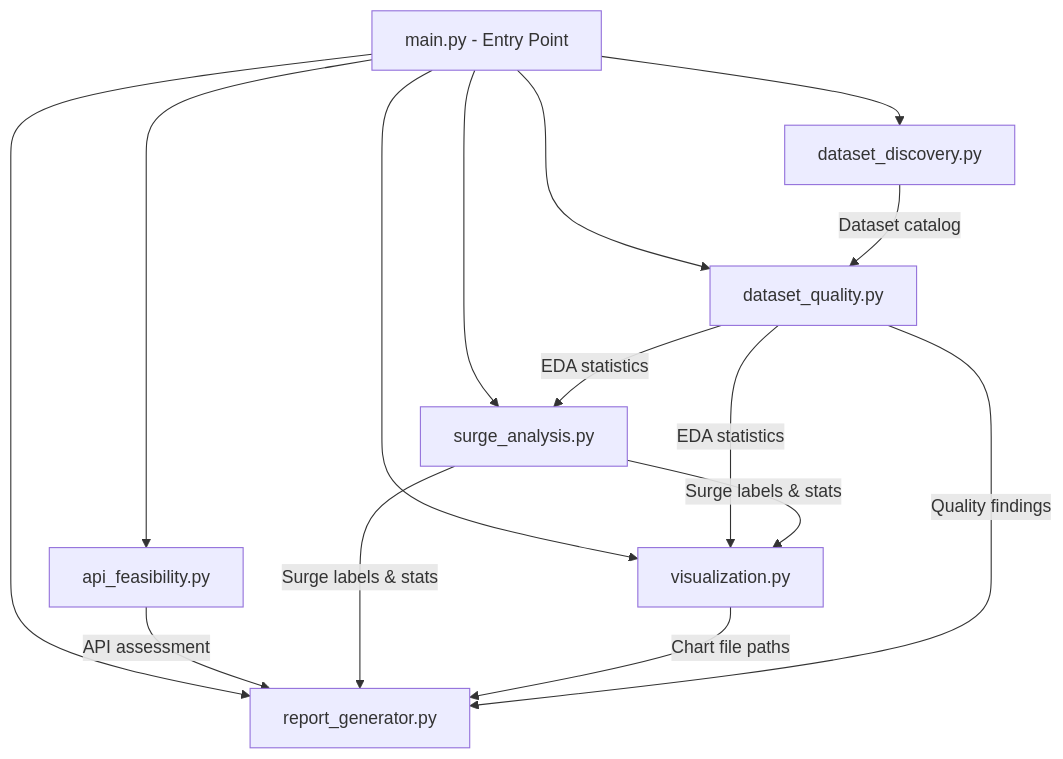
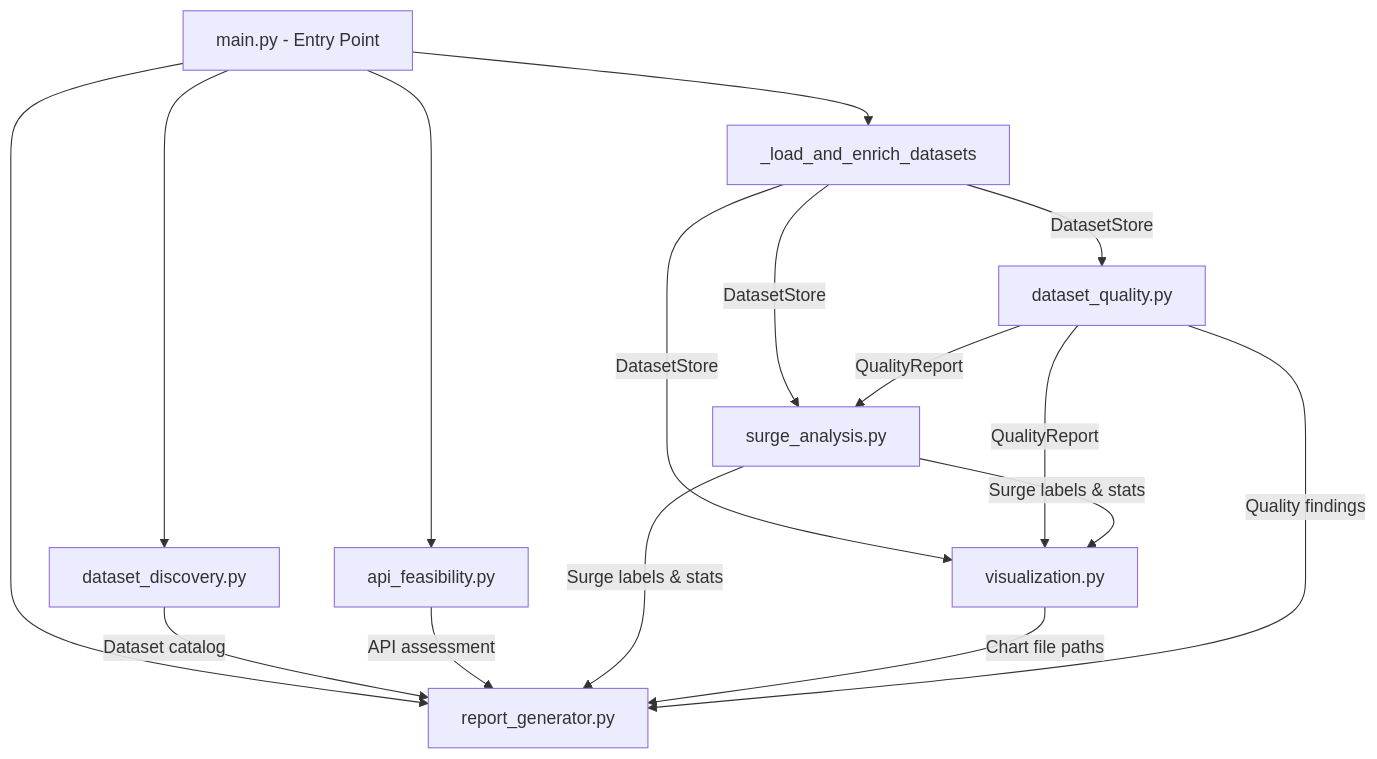
The first of 2 diagrams in .kiro/specs/eda-fin-discussions/design.md (yenthanh115/ds-eda-fin-discussions), drawn with Mermaid before and after one commit. The commit also changed other lines of this file and 10 other files, not shown here.

Commit message:
Implement DatasetStore to reuse datasets in later processes

````diff
--- a/.kiro/specs/eda-fin-discussions/design.md
+++ b/.kiro/specs/eda-fin-discussions/design.md
@@ -13,18 +13,19 @@
 ```mermaid
 flowchart TD
     A[main.py - Entry Point] --> B[dataset_discovery.py]
     A --> C[api_feasibility.py]
-    A --> D[dataset_quality.py]
-    A --> E[surge_analysis.py]
-    A --> F[visualization.py]
+    A --> LOAD[_load_and_enrich_datasets]
+    LOAD --> |DatasetStore| D[dataset_quality.py]
+    LOAD --> |DatasetStore| E[surge_analysis.py]
+    LOAD --> |DatasetStore| F[visualization.py]
     A --> G[report_generator.py]
 
-    B --> |Dataset catalog| D
+    B --> |Dataset catalog| G
     C --> |API assessment| G
-    D --> |EDA statistics| E
-    D --> |EDA statistics| F
+    D --> |QualityReport| E
+    D --> |QualityReport| F
     E --> |Surge labels & stats| F
     E --> |Surge labels & stats| G
     F --> |Chart file paths| G
     D --> |Quality findings| G
 ```
````
